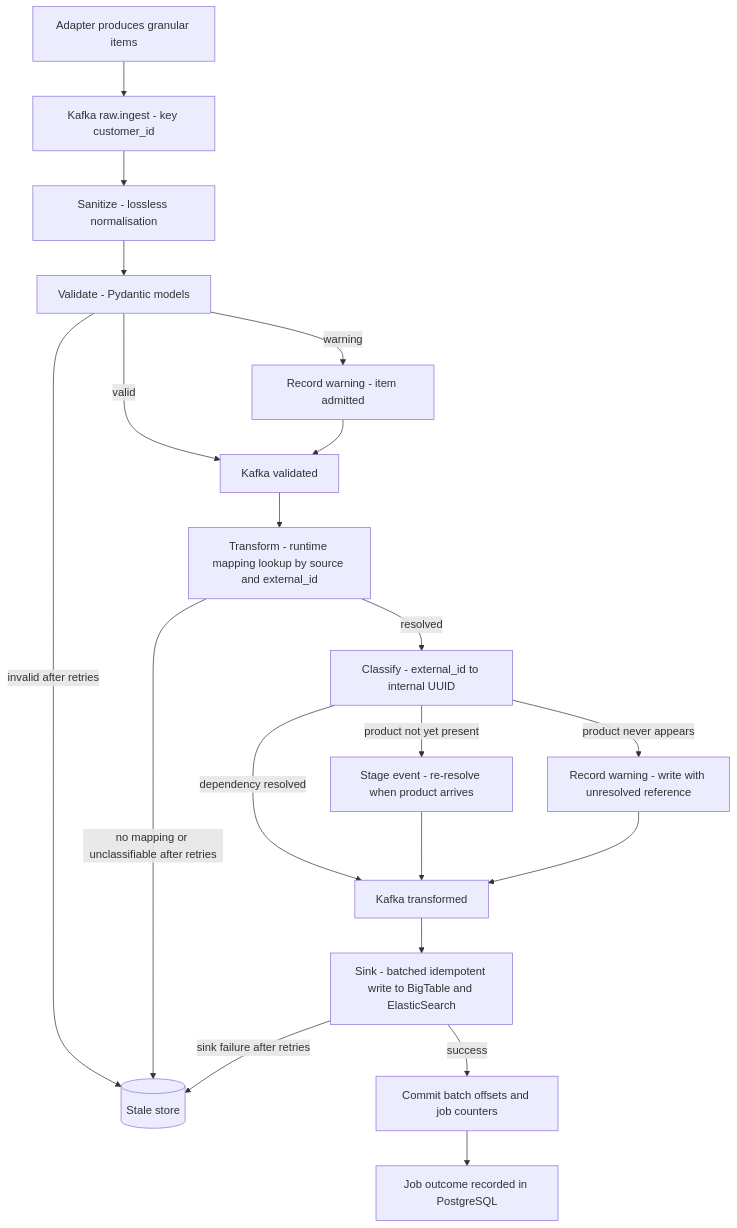
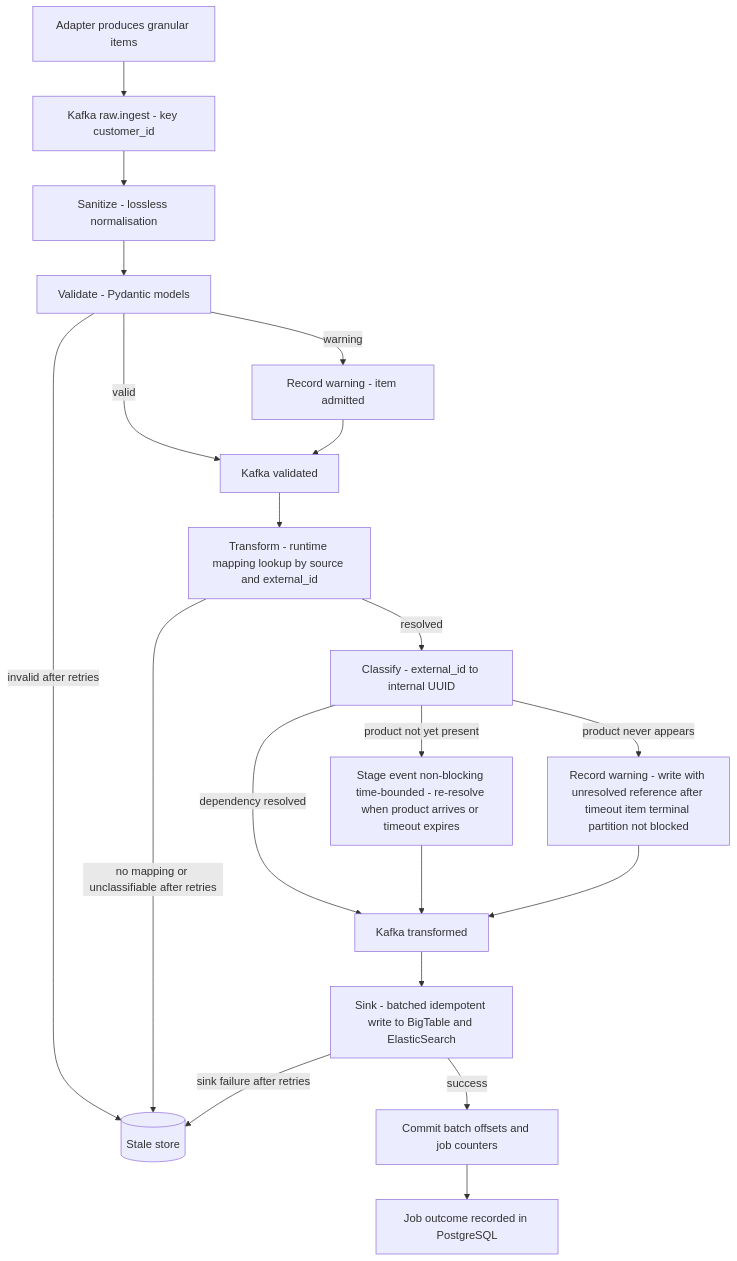
Before and after one commit to ondrej-ivanko/ingestion_pipeline: the second of 3 diagrams in ingestion-pipeline-clean.md, drawn with Mermaid. The commit also changed other lines of this file, not shown here.

Commit message:
added diagram flow options

````diff
--- a/ingestion-pipeline-clean.md
+++ b/ingestion-pipeline-clean.md
@@ -51,22 +51,22 @@
 ```mermaid
 flowchart TD
     A[Adapter produces granular items] --> B[Kafka raw.ingest - key customer_id]
     B --> C[Sanitize - lossless normalisation]
     C --> D[Validate - Pydantic models]
     D -->|invalid after retries| ST[(Stale store)]
     D -->|warning| WARN[Record warning - item admitted]
     D -->|valid| E[Kafka validated]
     WARN --> E
     E --> F[Transform - runtime mapping lookup by source and external_id]
     F -->|no mapping or unclassifiable after retries| ST
     F -->|resolved| G[Classify - external_id to internal UUID]
     G -->|dependency resolved| H[Kafka transformed]
-    G -->|product not yet present| STAGE[Stage event - re-resolve when product arrives]
+    G -->|product not yet present| STAGE[Stage event non-blocking time-bounded - re-resolve when product arrives or timeout expires]
     STAGE --> H
-    G -->|product never appears| WARN2[Record warning - write with unresolved reference]
+    G -->|product never appears| WARN2[Record warning - write with unresolved reference after timeout item terminal partition not blocked]
     WARN2 --> H
     H --> I[Sink - batched idempotent write to BigTable and ElasticSearch]
     I -->|sink failure after retries| ST
     I -->|success| J[Commit batch offsets and job counters]
     J --> K[Job outcome recorded in PostgreSQL]
 ```
````
